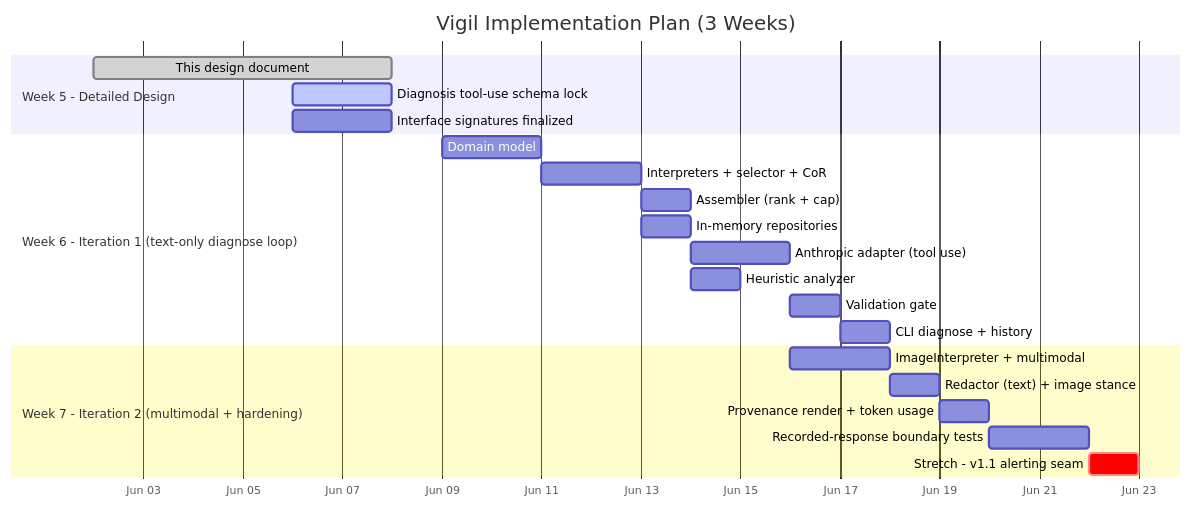
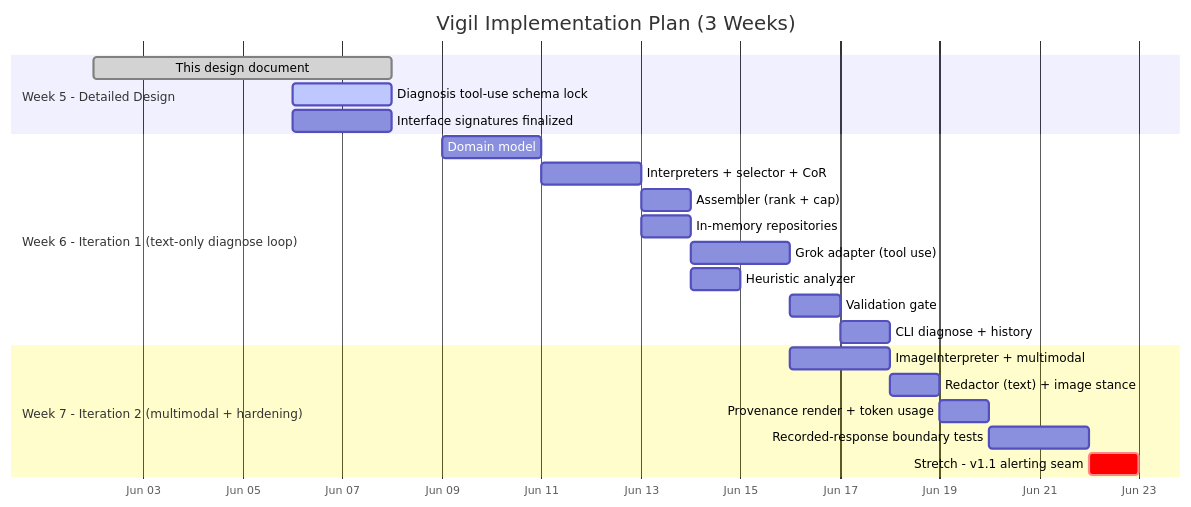
One commit to IsaacSimms/Vigil changed the ninth of 9 diagrams in Docs/Vigil-Architecture-Diagrams-Mermaid.md. Above: the diagram before and after it, drawn with Mermaid. The commit also changed other lines of this file and 2 other files, not shown here.

Commit message:
Update documentation to replace references from Anthropic to OpenAI and Grok adapter

````diff
--- a/Docs/Vigil-Architecture-Diagrams-Mermaid.md
+++ b/Docs/Vigil-Architecture-Diagrams-Mermaid.md
@@ -458,28 +459,28 @@
 ```mermaid
 gantt
     title Vigil Implementation Plan (3 Weeks)
     dateFormat YYYY-MM-DD
     axisFormat %b %d
 
     section Week 5 - Detailed Design
     This design document             :done,   w5a, 2026-06-02, 6d
     Diagnosis tool-use schema lock   :active, w5b, 2026-06-06, 2d
     Interface signatures finalized   :        w5c, 2026-06-06, 2d
 
     section Week 6 - Iteration 1 (text-only diagnose loop)
     Domain model                     :w6a, 2026-06-09, 2d
     Interpreters + selector + CoR    :w6b, after w6a, 2d
     Assembler (rank + cap)           :w6c, after w6b, 1d
     In-memory repositories           :w6d, after w6b, 1d
-    Anthropic adapter (tool use)     :w6e, after w6c, 2d
+    Grok adapter (tool use)     :w6e, after w6c, 2d
     Heuristic analyzer               :w6f, after w6c, 1d
     Validation gate                  :w6g, after w6e, 1d
     CLI diagnose + history           :w6h, after w6g, 1d
 
     section Week 7 - Iteration 2 (multimodal + hardening)
     ImageInterpreter + multimodal    :w7a, 2026-06-16, 2d
     Redactor (text) + image stance   :w7b, after w7a, 1d
     Provenance render + token usage  :w7c, after w7b, 1d
     Recorded-response boundary tests :w7d, after w7c, 2d
     Stretch - v1.1 alerting seam     :crit, w7e, after w7d, 1d
 ```
````
